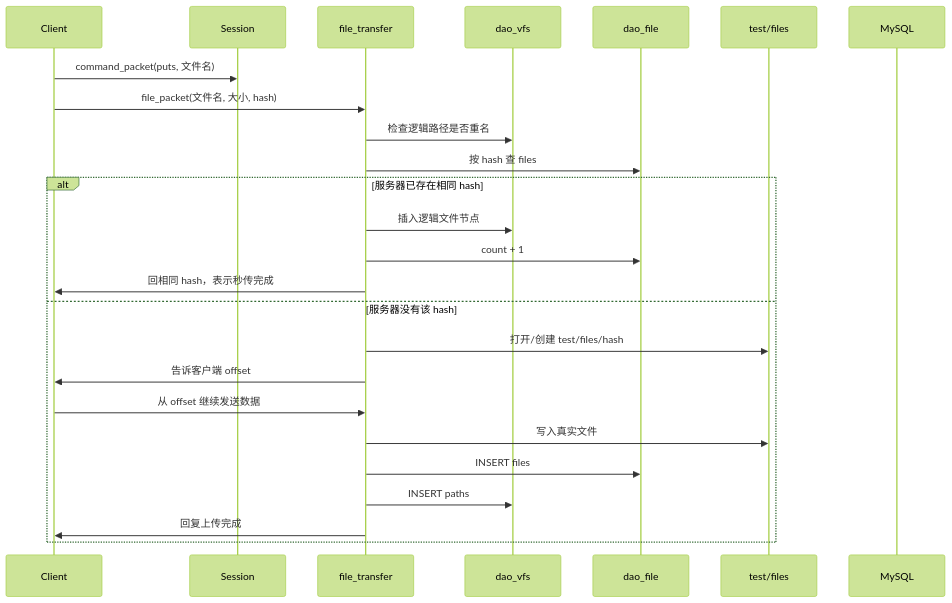
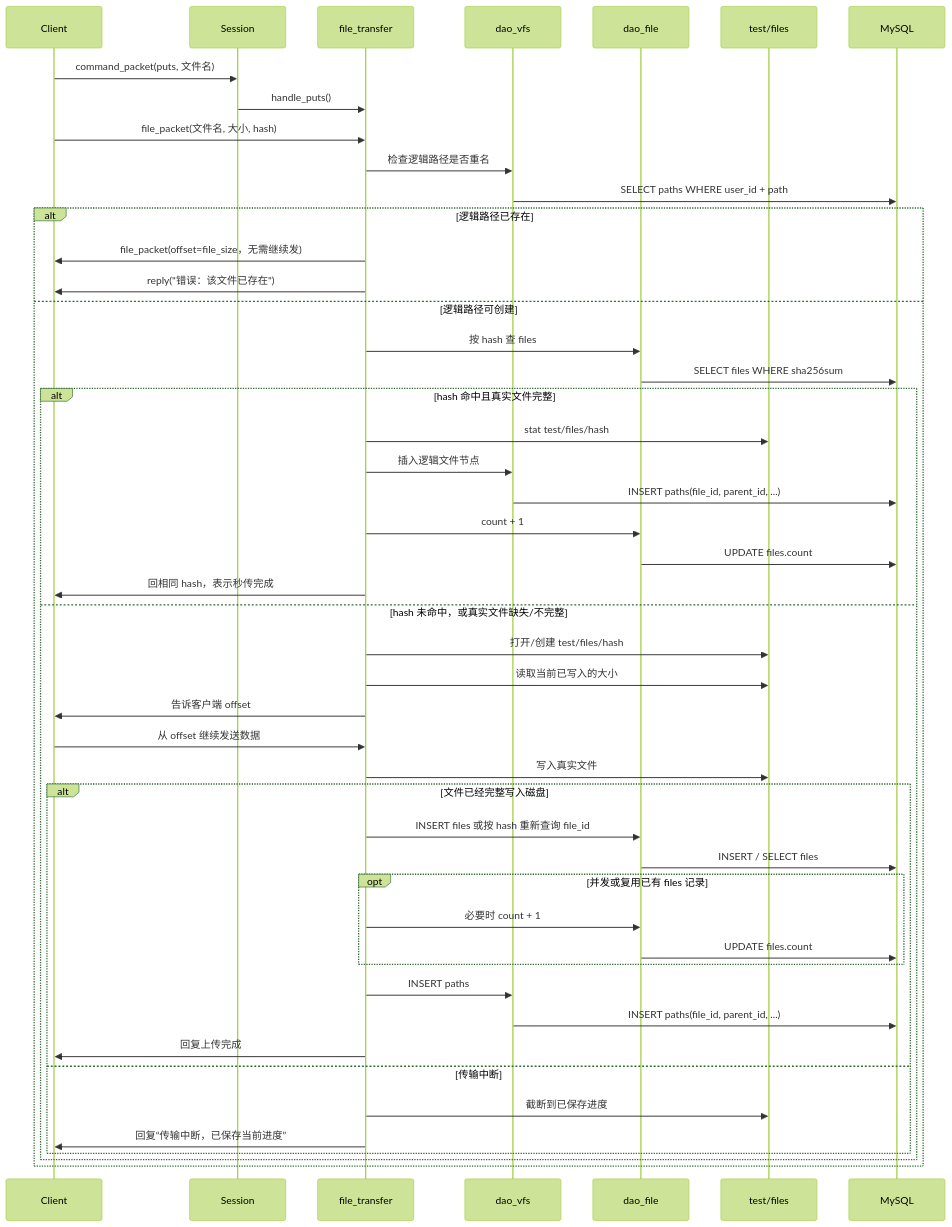
One commit to panlong-studio/WindCloud_V3 changed the fourth of 5 diagrams in docs/WindCloud_V3学习文档.md. Above: the diagram before and after it, drawn with Mermaid (forest theme). The commit also changed other lines of this file and 1 other file, not shown here.

````diff
--- a/docs/WindCloud_V3学习文档.md
+++ b/docs/WindCloud_V3学习文档.md
@@ -684,29 +689,54 @@
 ```mermaid
 sequenceDiagram
     participant C as Client
     participant S as Session
     participant F as file_transfer
     participant V as dao_vfs
     participant DF as dao_file
     participant Disk as test/files
     participant DB as MySQL
 
     C->>S: command_packet(puts, 文件名)
+    S->>F: handle_puts()
     C->>F: file_packet(文件名, 大小, hash)
     F->>V: 检查逻辑路径是否重名
-    F->>DF: 按 hash 查 files
+    V->>DB: SELECT paths WHERE user_id + path
 
-    alt 服务器已存在相同 hash
-        F->>V: 插入逻辑文件节点
-        F->>DF: count + 1
-        F->>C: 回相同 hash，表示秒传完成
-    else 服务器没有该 hash
-        F->>Disk: 打开/创建 test/files/hash
-        F->>C: 告诉客户端 offset
-        C->>F: 从 offset 继续发送数据
-        F->>Disk: 写入真实文件
-        F->>DF: INSERT files
-        F->>V: INSERT paths
-        F->>C: 回复上传完成
+    alt 逻辑路径已存在
+        F->>C: file_packet(offset=file_size，无需继续发)
+        F->>C: reply("错误：该文件已存在")
+    else 逻辑路径可创建
+        F->>DF: 按 hash 查 files
+        DF->>DB: SELECT files WHERE sha256sum
+
+        alt hash 命中且真实文件完整
+            F->>Disk: stat test/files/hash
+            F->>V: 插入逻辑文件节点
+            V->>DB: INSERT paths(file_id, parent_id, ...)
+            F->>DF: count + 1
+            DF->>DB: UPDATE files.count
+            F->>C: 回相同 hash，表示秒传完成
+        else hash 未命中，或真实文件缺失/不完整
+            F->>Disk: 打开/创建 test/files/hash
+            F->>Disk: 读取当前已写入的大小
+            F->>C: 告诉客户端 offset
+            C->>F: 从 offset 继续发送数据
+            F->>Disk: 写入真实文件
+
+            alt 文件已经完整写入磁盘
+                F->>DF: INSERT files 或按 hash 重新查询 file_id
+                DF->>DB: INSERT / SELECT files
+                opt 并发或复用已有 files 记录
+                    F->>DF: 必要时 count + 1
+                    DF->>DB: UPDATE files.count
+                end
+                F->>V: INSERT paths
+                V->>DB: INSERT paths(file_id, parent_id, ...)
+                F->>C: 回复上传完成
+            else 传输中断
+                F->>Disk: 截断到已保存进度
+                F->>C: 回复“传输中断，已保存当前进度”
+            end
+        end
     end
 ```
````
